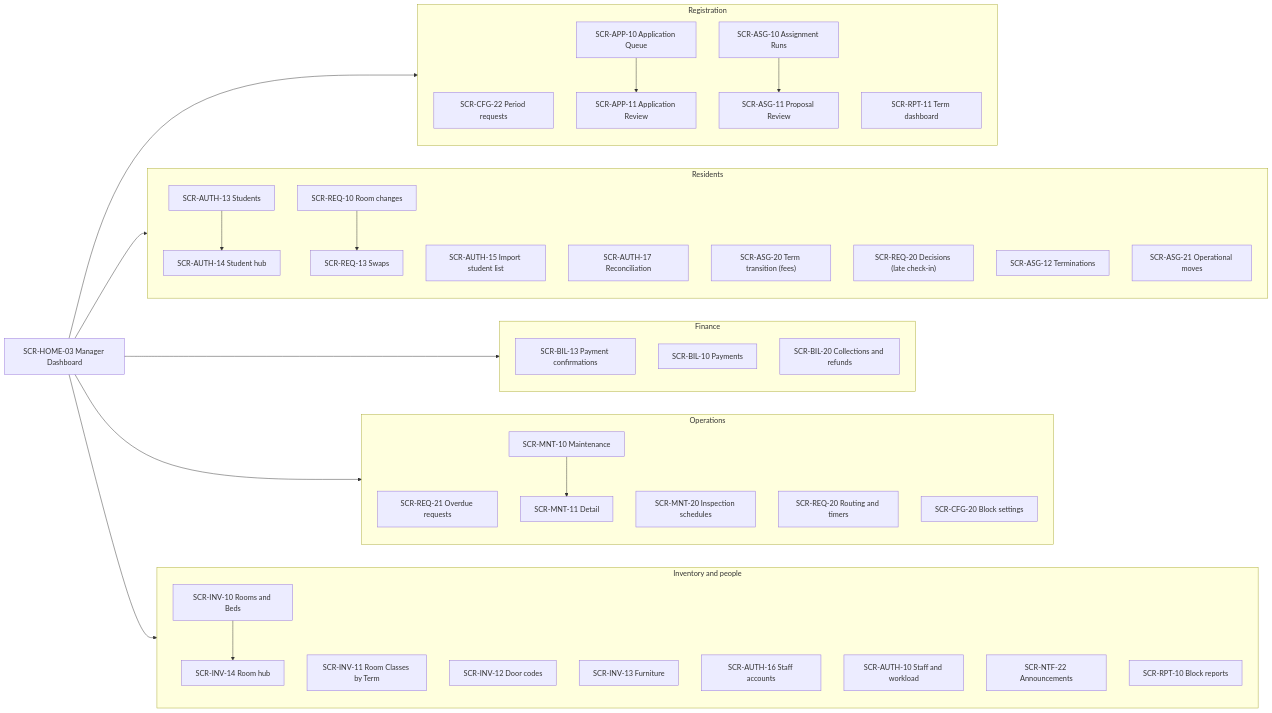
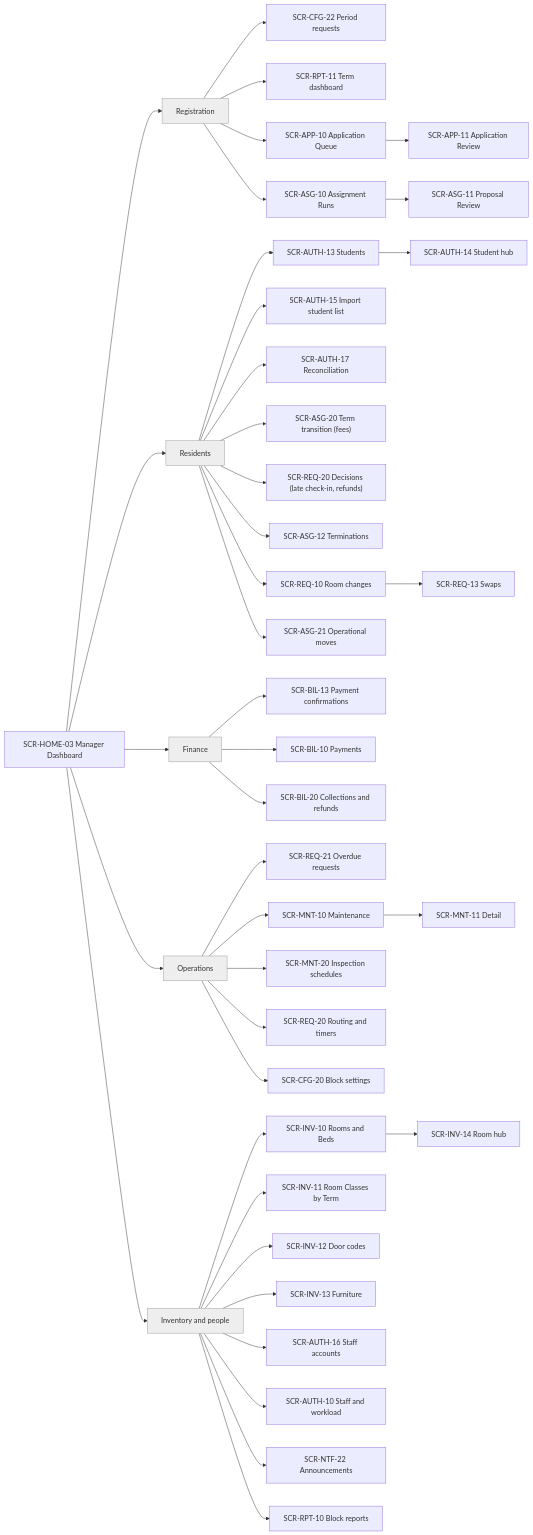
One commit to tisou47/CampusStay-FPT changed the diagram in docs/diagrams/screens-manager.mmd. Above: the diagram before and after it, drawn with Mermaid. The commit also changed 149 other files, not shown here.

First line of the commit message:
docs: Review 2 documents (Reports 1–5, Design Brief, registration form 2.0, test workbooks)

```diff
--- a/docs/diagrams/screens-manager.mmd
+++ b/docs/diagrams/screens-manager.mmd
@@ -1,42 +1,38 @@
-%% Screen flow: Manager back office (every Block); the Manager also has every Staff screen of the Inventory menu
+%% Screen flow: Manager back office (every Block); the Manager also has every Staff screen of the Inventory menu.
+%% Grey boxes are menu groups.
 flowchart LR
   dash["SCR-HOME-03 Manager Dashboard"]
-  subgraph REG["Registration"]
-    treq["SCR-CFG-22 Period requests"]
-    term["SCR-RPT-11 Term dashboard"]
-    aq["SCR-APP-10 Application Queue"] --> ar["SCR-APP-11 Application Review"]
-    runs["SCR-ASG-10 Assignment Runs"] --> prop["SCR-ASG-11 Proposal Review"]
-  end
-  subgraph RES["Residents"]
-    stu["SCR-AUTH-13 Students"] --> hub["SCR-AUTH-14 Student hub"]
-    imp["SCR-AUTH-15 Import student list"]
-    rec["SCR-AUTH-17 Reconciliation"]
-    nt["SCR-ASG-20 Term transition (fees)"]
-    dec["SCR-REQ-20 Decisions (late check-in)"]
-    tm["SCR-ASG-12 Terminations"]
-    rcq["SCR-REQ-10 Room changes"] --> sw["SCR-REQ-13 Swaps"]
-    mv["SCR-ASG-21 Operational moves"]
-  end
-  subgraph FIN["Finance"]
-    claims["SCR-BIL-13 Payment confirmations"]
-    pays["SCR-BIL-10 Payments"]
-    fin["SCR-BIL-20 Collections and refunds"]
-  end
-  subgraph OPS["Operations"]
-    esc["SCR-REQ-21 Overdue requests"]
-    mq["SCR-MNT-10 Maintenance"] --> md["SCR-MNT-11 Detail"]
-    ins["SCR-MNT-20 Inspection schedules"]
-    route["SCR-REQ-20 Routing and timers"]
-    bset["SCR-CFG-20 Block settings"]
-  end
-  subgraph INVN["Inventory and people"]
-    rooms["SCR-INV-10 Rooms and Beds"] --> rhub["SCR-INV-14 Room hub"]
-    rcls["SCR-INV-11 Room Classes by Term"]
-    door["SCR-INV-12 Door codes"]
-    fur["SCR-INV-13 Furniture"]
-    sacc["SCR-AUTH-16 Staff accounts"]
-    staff["SCR-AUTH-10 Staff and workload"]
-    ann["SCR-NTF-22 Announcements"]
-    rep["SCR-RPT-10 Block reports"]
-  end
-  dash --> REG & RES & FIN & OPS & INVN
+  dash --> REG[Registration]:::grp
+  dash --> RES[Residents]:::grp
+  dash --> FIN[Finance]:::grp
+  dash --> OPS[Operations]:::grp
+  dash --> INVN[Inventory and people]:::grp
+  REG --> treq["SCR-CFG-22 Period requests"]
+  REG --> term["SCR-RPT-11 Term dashboard"]
+  REG --> aq["SCR-APP-10 Application Queue"] --> ar["SCR-APP-11 Application Review"]
+  REG --> runs["SCR-ASG-10 Assignment Runs"] --> prop["SCR-ASG-11 Proposal Review"]
+  RES --> stu["SCR-AUTH-13 Students"] --> hub["SCR-AUTH-14 Student hub"]
+  RES --> imp["SCR-AUTH-15 Import student list"]
+  RES --> rec["SCR-AUTH-17 Reconciliation"]
+  RES --> nt["SCR-ASG-20 Term transition (fees)"]
+  RES --> dec["SCR-REQ-20 Decisions (late check-in, refunds)"]
+  RES --> tm["SCR-ASG-12 Terminations"]
+  RES --> rcq["SCR-REQ-10 Room changes"] --> sw["SCR-REQ-13 Swaps"]
+  RES --> mv["SCR-ASG-21 Operational moves"]
+  FIN --> claims["SCR-BIL-13 Payment confirmations"]
+  FIN --> pays["SCR-BIL-10 Payments"]
+  FIN --> fin["SCR-BIL-20 Collections and refunds"]
+  OPS --> esc["SCR-REQ-21 Overdue requests"]
+  OPS --> mq["SCR-MNT-10 Maintenance"] --> md["SCR-MNT-11 Detail"]
+  OPS --> ins["SCR-MNT-20 Inspection schedules"]
+  OPS --> route["SCR-REQ-20 Routing and timers"]
+  OPS --> bset["SCR-CFG-20 Block settings"]
+  INVN --> rooms["SCR-INV-10 Rooms and Beds"] --> rhub["SCR-INV-14 Room hub"]
+  INVN --> rcls["SCR-INV-11 Room Classes by Term"]
+  INVN --> door["SCR-INV-12 Door codes"]
+  INVN --> fur["SCR-INV-13 Furniture"]
+  INVN --> sacc["SCR-AUTH-16 Staff accounts"]
+  INVN --> staff["SCR-AUTH-10 Staff and workload"]
+  INVN --> ann["SCR-NTF-22 Announcements"]
+  INVN --> rep["SCR-RPT-10 Block reports"]
+  classDef grp fill:#eeeeee,stroke:#999999
```
